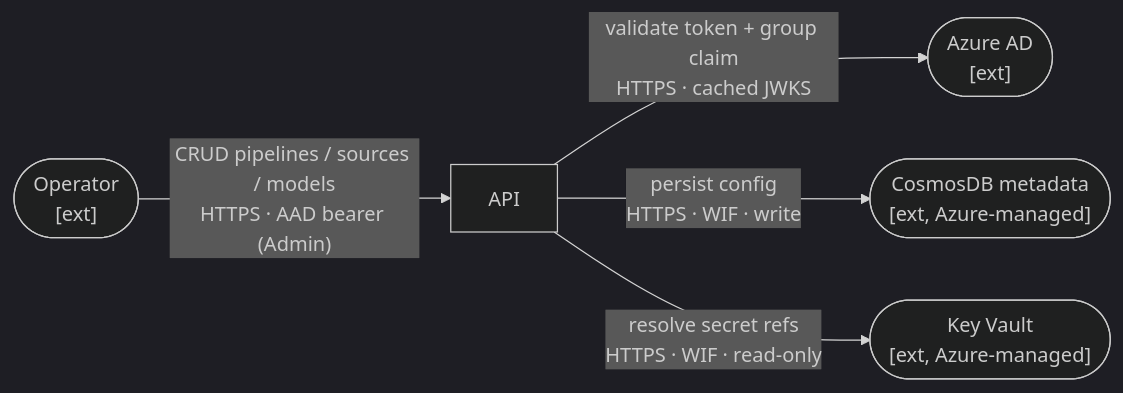
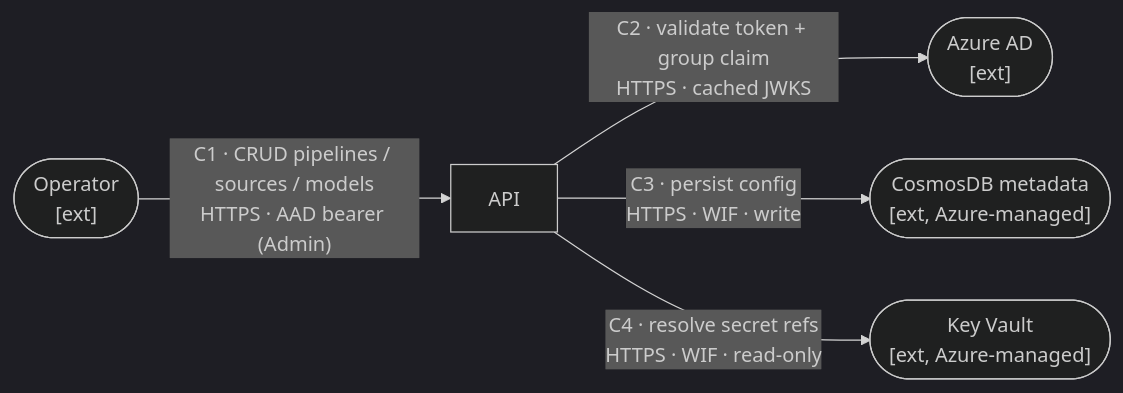
The fourth of 5 diagrams in docs/security/threat-model.md (AzureCosmosDB/OmniVec), drawn with Mermaid (dark theme) before and after one commit. The commit also changed other lines of this file, not shown here.

First line of the commit message:
security(threat-model): add per-flow detail tables for each scenario

````diff
--- a/docs/security/threat-model.md
+++ b/docs/security/threat-model.md
@@ -174,13 +198,13 @@
 ```mermaid
 flowchart LR
   admin(["Operator<br/>[ext]"])
   aad(["Azure AD<br/>[ext]"])
   api["API"]
   cmeta(["CosmosDB metadata<br/>[ext, Azure-managed]"])
   kv(["Key Vault<br/>[ext, Azure-managed]"])
 
-  admin -->|"CRUD pipelines / sources / models<br/>HTTPS · AAD bearer (Admin)"| api
-  api -->|"validate token + group claim<br/>HTTPS · cached JWKS"| aad
-  api -->|"persist config<br/>HTTPS · WIF · write"| cmeta
-  api -->|"resolve secret refs<br/>HTTPS · WIF · read-only"| kv
+  admin -->|"C1 · CRUD pipelines / sources / models<br/>HTTPS · AAD bearer (Admin)"| api
+  api -->|"C2 · validate token + group claim<br/>HTTPS · cached JWKS"| aad
+  api -->|"C3 · persist config<br/>HTTPS · WIF · write"| cmeta
+  api -->|"C4 · resolve secret refs<br/>HTTPS · WIF · read-only"| kv
 ```
````
